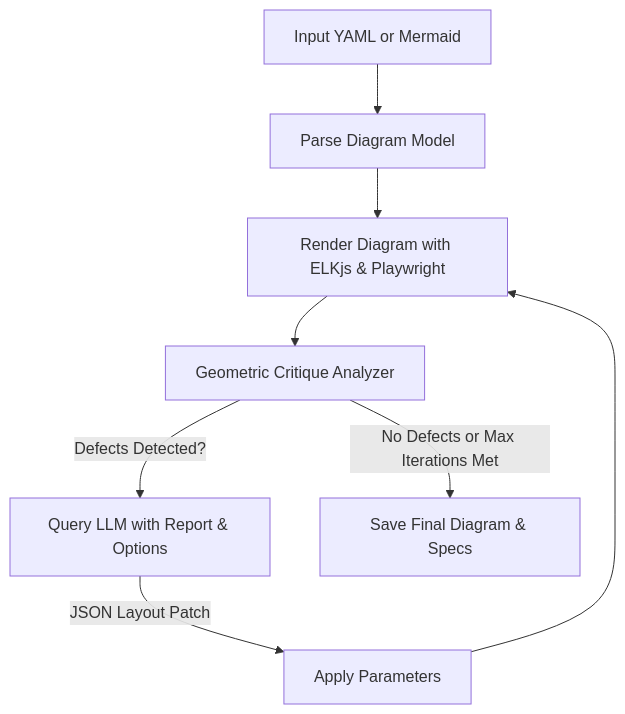
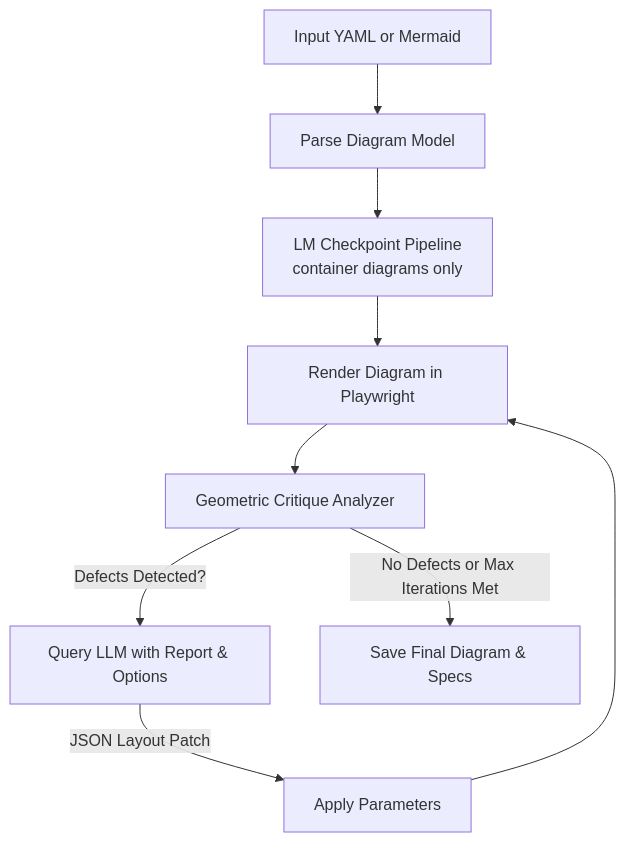
Before and after one commit to cookie-bytes/nudge: the diagram in README.md, drawn with Mermaid. The commit also changed other lines of this file and 9 other files, not shown here.

````diff
--- a/README.md
+++ b/README.md
@@ -23,10 +23,11 @@
 ```mermaid
 graph TD
     A[Input YAML or Mermaid] --> B[Parse Diagram Model]
-    B --> C[Render Diagram with ELKjs & Playwright]
-    C --> D[Geometric Critique Analyzer]
-    D -->|Defects Detected?| E[Query LLM with Report & Options]
-    E -->|JSON Layout Patch| F[Apply Parameters]
-    F --> C
-    D -->|No Defects or Max Iterations Met| G[Save Final Diagram & Specs]
+    B --> C[LM Checkpoint Pipeline\ncontainer diagrams only]
+    C --> D[Render Diagram in Playwright]
+    D --> E[Geometric Critique Analyzer]
+    E -->|Defects Detected?| F[Query LLM with Report & Options]
+    F -->|JSON Layout Patch| G[Apply Parameters]
+    G --> D
+    E -->|No Defects or Max Iterations Met| H[Save Final Diagram & Specs]
 ```
````
